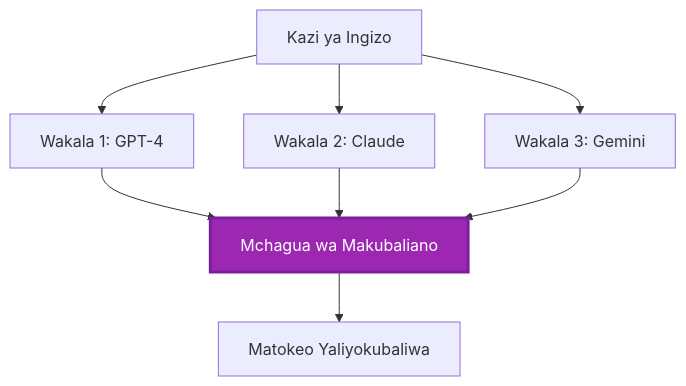
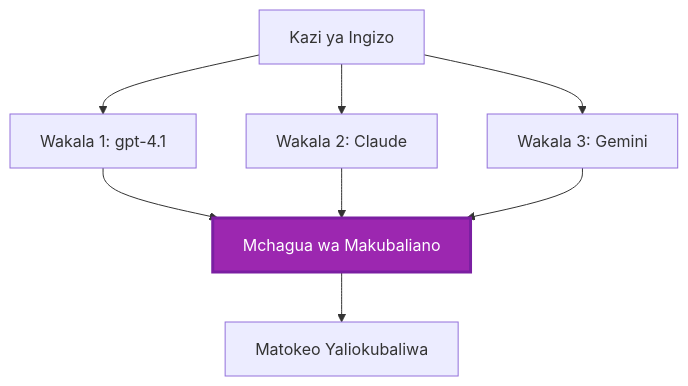
Before and after one commit to microsoft/AZD-for-beginners: the fifth of 6 diagrams in translations/sw/docs/chapter-06-pre-deployment/coordination-patterns.md, drawn with Mermaid. The commit also changed other lines of this file and 101 other files, not shown here.

````diff
--- a/translations/sw/docs/chapter-06-pre-deployment/coordination-patterns.md
+++ b/translations/sw/docs/chapter-06-pre-deployment/coordination-patterns.md
@@ -231,19 +225,19 @@
 ```mermaid
 graph TB
     Input[Kazi ya Ingizo]
-    Agent1[Wakala 1: GPT-4]
+    Agent1[Wakala 1: gpt-4.1]
     Agent2[Wakala 2: Claude]
     Agent3[Wakala 3: Gemini]
     Voter[Mchagua wa Makubaliano]
-    Output[Matokeo Yaliyokubaliwa]
+    Output[Matokeo Yaliokubaliwa]
     
     Input --> Agent1
     Input --> Agent2
     Input --> Agent3
     Agent1 --> Voter
     Agent2 --> Voter
     Agent3 --> Voter
     Voter --> Output
     
     style Voter fill:#9C27B0,stroke:#7B1FA2,stroke-width:3px,color:#fff
 ```
````
